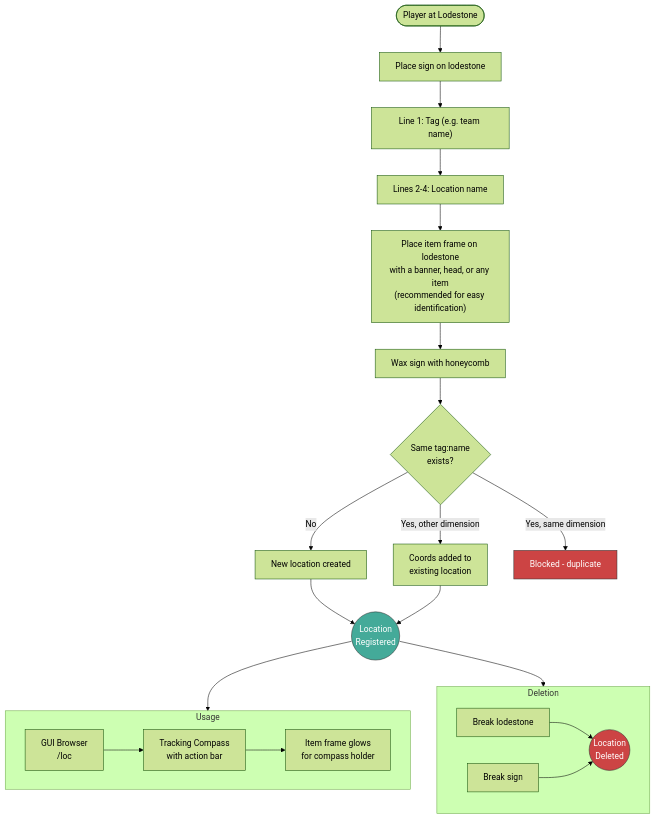
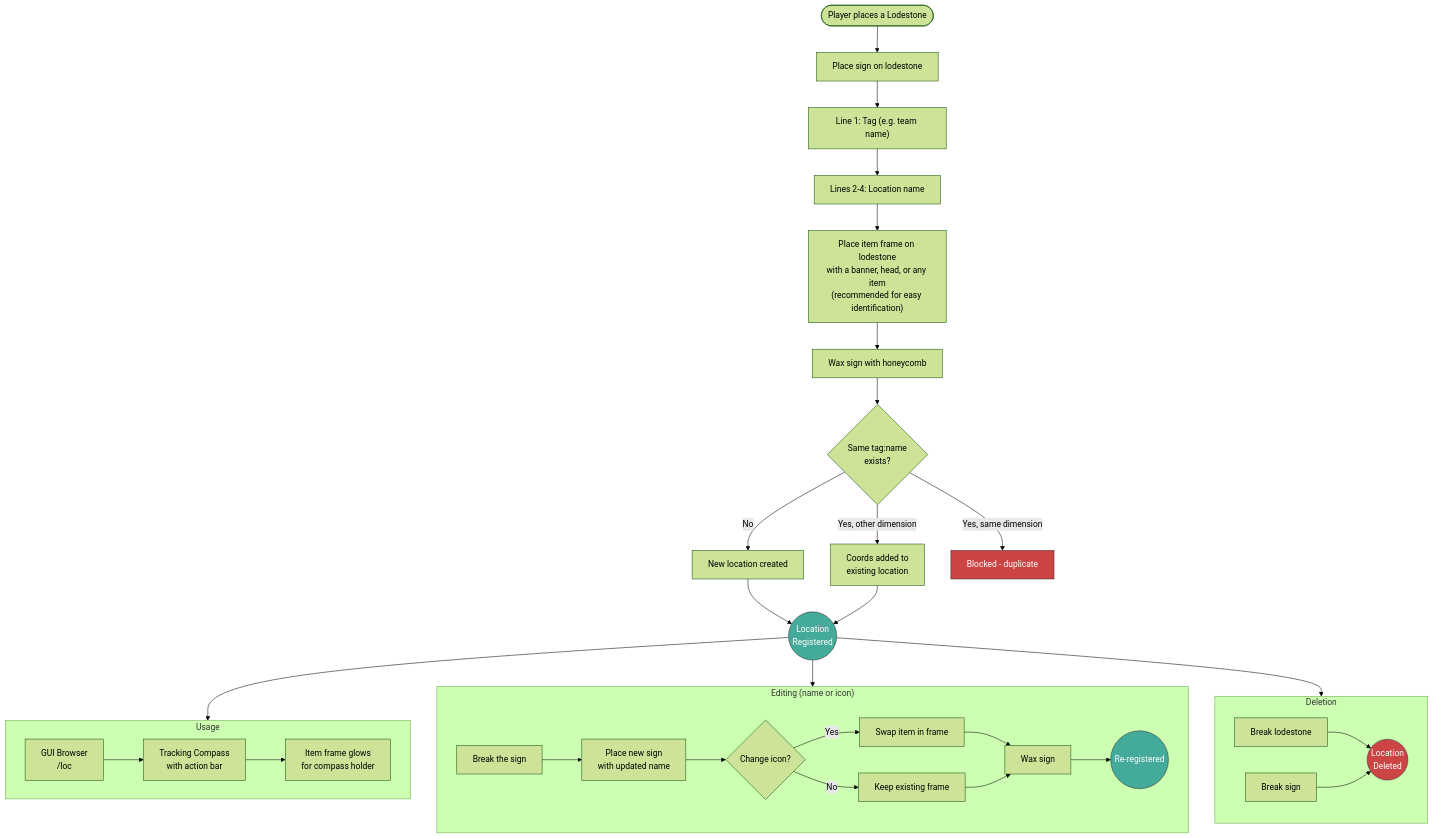
One commit to paraf0x/location-manager changed the first of 2 diagrams in README.md. Above: the diagram before and after it, drawn with Mermaid (forest theme). The commit also changed other lines of this file, not shown here.

First line of the commit message:
Consolidate lifecycle and editing into single diagram

````diff
--- a/README.md
+++ b/README.md
@@ -34,38 +34,49 @@
 ```mermaid
 flowchart TD
-    Start([Player at Lodestone]) --> PlaceSign[Place sign on lodestone]
+    Start([Player places a Lodestone]) --> PlaceSign[Place sign on lodestone]
     PlaceSign --> SetTag["Line 1: Tag (e.g. team name)"]
     SetTag --> SetName["Lines 2-4: Location name"]
     SetName --> AddFrame["Place item frame on lodestone\nwith a banner, head, or any item\n(recommended for easy identification)"]
     AddFrame --> Wax
 
     Wax["Wax sign with honeycomb"] --> CheckDup{Same tag:name\nexists?}
     CheckDup -->|No| Create[New location created]
     CheckDup -->|Yes, other dimension| Link["Coords added to\nexisting location"]
     CheckDup -->|Yes, same dimension| Block[Blocked - duplicate]
 
     Create --> Registered((Location\nRegistered))
     Link --> Registered
 
     Registered --> Use
+    Registered --> Edit
+    Registered --> Delete
 
     subgraph Use [Usage]
         GUI["GUI Browser\n/loc"]
         Compass["Tracking Compass\nwith action bar"]
         Glow["Item frame glows\nfor compass holder"]
         GUI --> Compass
         Compass --> Glow
     end
 
-    Registered --> Delete
+    subgraph Edit ["Editing (name or icon)"]
+        BreakSignEdit["Break the sign"] --> NewSign["Place new sign\nwith updated name"]
+        NewSign --> SwapIcon{Change icon?}
+        SwapIcon -->|Yes| SwapItem["Swap item in frame"]
+        SwapIcon -->|No| KeepFrame["Keep existing frame"]
+        SwapItem --> ReWax["Wax sign"]
+        KeepFrame --> ReWax
+        ReWax --> Registered2((Re-registered))
+    end
 
     subgraph Delete [Deletion]
         BreakLodestone["Break lodestone"] --> Removed
         BreakSign["Break sign"] --> Removed
         Removed((Location\nDeleted))
     end
 
     style Registered fill:#4a9,stroke:#333,color:#fff
+    style Registered2 fill:#4a9,stroke:#333,color:#fff
     style Removed fill:#c44,stroke:#333,color:#fff
     style Block fill:#c44,stroke:#333,color:#fff
 ```
````
